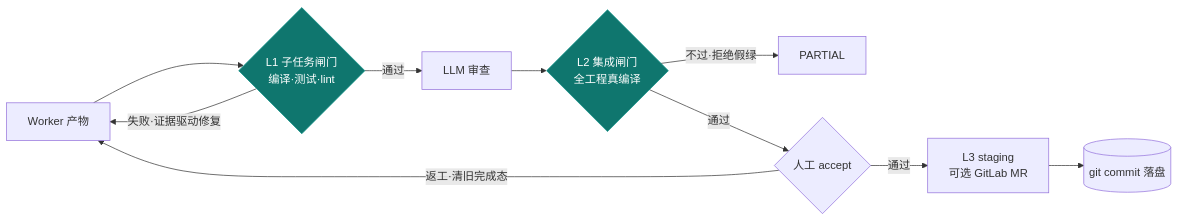
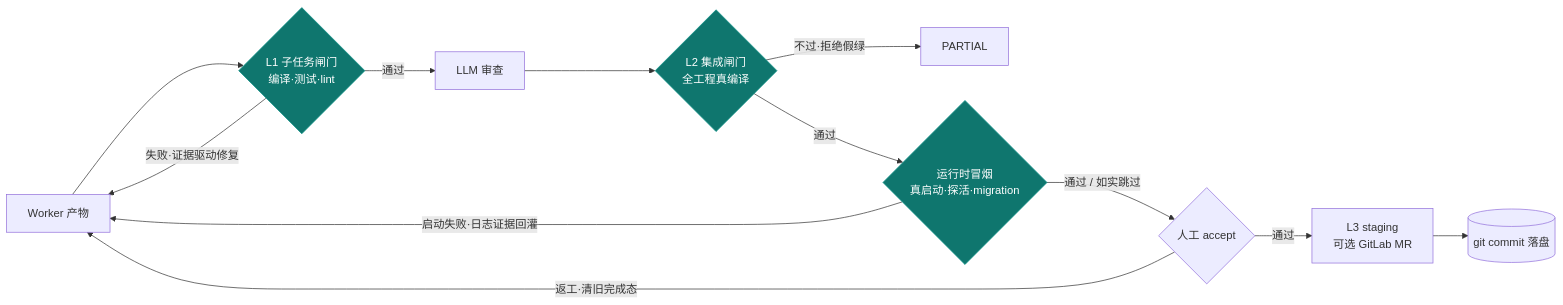
Before and after one commit to Victzhang79/Swarm: the second of 4 diagrams in README.md, drawn with Mermaid. The commit also changed other lines of this file and 24 other files, not shown here.

````diff
--- a/README.md
+++ b/README.md
@@ -138,16 +140,18 @@
 ```mermaid
 flowchart LR
     W[Worker 产物] --> L1
     L1{L1 子任务闸门<br/>编译·测试·lint}
     L1 -->|失败·证据驱动修复| W
     L1 -->|通过| LR[LLM 审查]
     LR --> L2{L2 集成闸门<br/>全工程真编译}
     L2 -->|不过·拒绝假绿| PT[PARTIAL]
-    L2 -->|通过| HM{人工 accept}
+    L2 -->|通过| RT{运行时冒烟<br/>真启动·探活·migration}
+    RT -->|启动失败·日志证据回灌| W
+    RT -->|通过 / 如实跳过| HM{人工 accept}
     HM -->|返工·清旧完成态| W
     HM -->|通过| L3[L3 staging<br/>可选 GitLab MR]
     L3 --> GIT[(git commit 落盘)]
 
     classDef gate fill:#0f766e,stroke:#0d9488,color:#fff;
-    class L1,L2 gate;
+    class L1,L2,RT gate;
 ```
````
